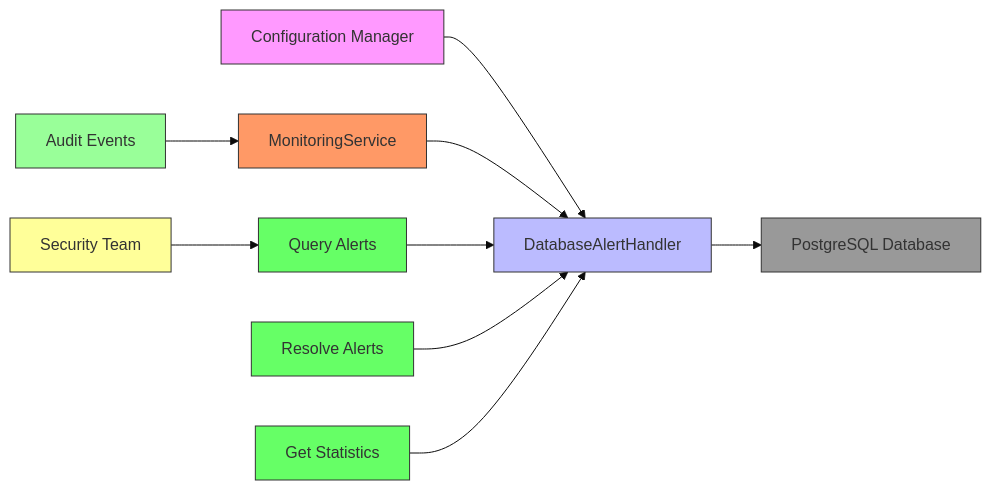
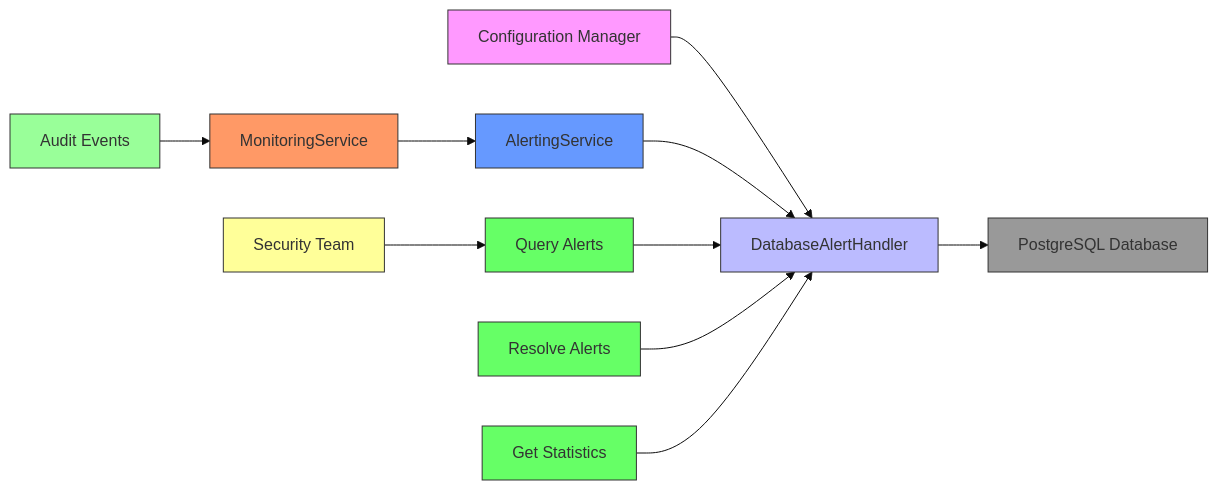
Before and after one commit to smedrec/smart-logs: the sixth of 6 diagrams in .qoder/repowiki/en/content/Audit Core System/Security/Database Security Alerting.md, drawn with Mermaid (base theme). The commit also changed other lines of this file and 12 other files, not shown here.

````diff
--- a/.qoder/repowiki/en/content/Audit Core System/Security/Database Security Alerting.md
+++ b/.qoder/repowiki/en/content/Audit Core System/Security/Database Security Alerting.md
@@ -359,20 +426,22 @@
 ```mermaid
 flowchart LR
 A[Configuration Manager] --> B[DatabaseAlertHandler]
-C[MonitoringService] --> B
-D[Audit Events] --> C
-B --> E[PostgreSQL Database]
-F[Security Team] --> G[Query Alerts]
-G --> B
-H[Resolve Alerts] --> B
-I[Get Statistics] --> B
+C[MonitoringService] --> D[AlertingService]
+D --> B
+E[Audit Events] --> C
+B --> F[PostgreSQL Database]
+G[Security Team] --> H[Query Alerts]
+H --> B
+I[Resolve Alerts] --> B
+J[Get Statistics] --> B
 style A fill:#f9f,stroke:#333
 style B fill:#bbf,stroke:#333
 style C fill:#f96,stroke:#333
-style D fill:#9f9,stroke:#333
-style E fill:#999,stroke:#333
-style F fill:#ff9,stroke:#333
-style G fill:#6f6,stroke:#333
+style D fill:#69f,stroke:#333
+style E fill:#9f9,stroke:#333
+style F fill:#999,stroke:#333
+style G fill:#ff9,stroke:#333
 style H fill:#6f6,stroke:#333
 style I fill:#6f6,stroke:#333
+style J fill:#6f6,stroke:#333
 ```
````
